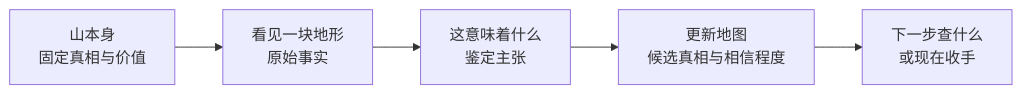
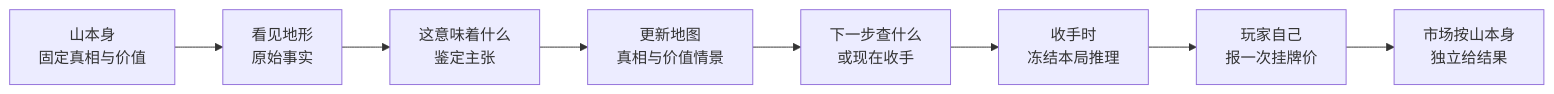
The diagram in docs/project/overview/02-MENTAL-MODEL.md (NomuTsuki/zhangyan), drawn with Mermaid before and after one commit. The commit also changed other lines of this file and 44 other files, not shown here.

````diff
--- a/docs/project/overview/02-MENTAL-MODEL.md
+++ b/docs/project/overview/02-MENTAL-MODEL.md
@@ -13,7 +13,10 @@
 ```mermaid
 flowchart LR
-    Mountain["山本身<br/>固定真相与价值"] --> Shadow["看见一块地形<br/>原始事实"]
+    Mountain["山本身<br/>固定真相与价值"] --> Shadow["看见地形<br/>原始事实"]
     Shadow --> Claim["这意味着什么<br/>鉴定主张"]
-    Claim --> Map["更新地图<br/>候选真相与相信程度"]
+    Claim --> Map["更新地图<br/>真相与价值情景"]
     Map --> Choice["下一步查什么<br/>或现在收手"]
+    Choice --> Freeze["收手时<br/>冻结本局推理"]
+    Freeze --> Price["玩家自己<br/>报一次挂牌价"]
+    Price --> Market["市场按山本身<br/>独立给结果"]
 ```
````
